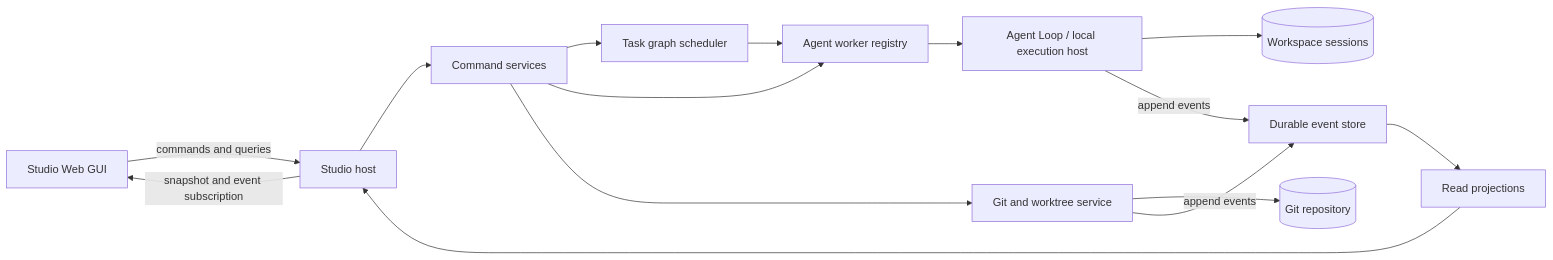
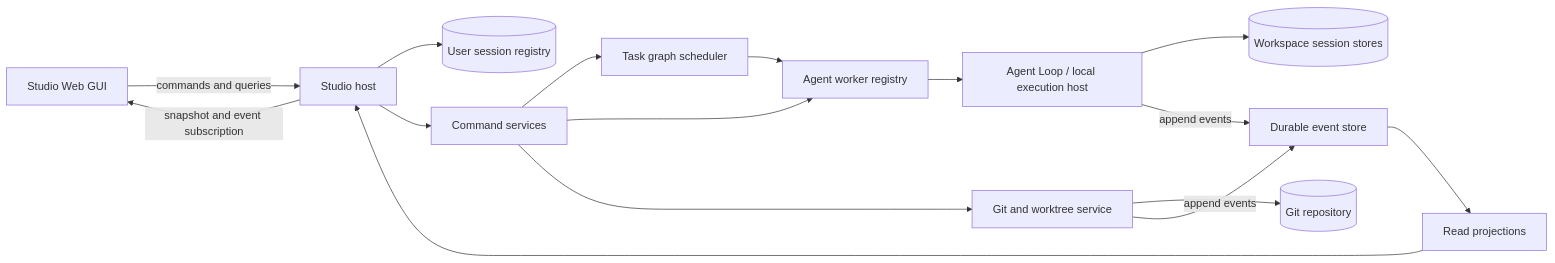
The diagram in docs/studio-blueprint.md (snowmerak/q), drawn with Mermaid before and after one commit. The commit also changed other lines of this file and 15 other files, not shown here.

Commit message:
feat(studio): add global session tree

````diff
--- a/docs/studio-blueprint.md
+++ b/docs/studio-blueprint.md
@@ -246,29 +248,31 @@
 ```mermaid
 flowchart LR
     Browser[Studio Web GUI]
     Studio[Studio host]
     Commands[Command services]
     Events[Durable event store]
     Projection[Read projections]
     Scheduler[Task graph scheduler]
     Workers[Agent worker registry]
     Runtime[Agent Loop / local execution host]
     Git[Git and worktree service]
     Repo[(Git repository)]
-    Sessions[(Workspace sessions)]
+    Registry[(User session registry)]
+    Sessions[(Workspace session stores)]
 
     Browser -->|commands and queries| Studio
     Studio -->|snapshot and event subscription| Browser
+    Studio --> Registry
     Studio --> Commands
     Commands --> Scheduler
     Commands --> Workers
     Commands --> Git
     Scheduler --> Workers
     Workers --> Runtime
     Runtime --> Sessions
     Runtime -->|append events| Events
     Git --> Repo
     Git -->|append events| Events
     Events --> Projection
     Projection --> Studio
 ```
````
